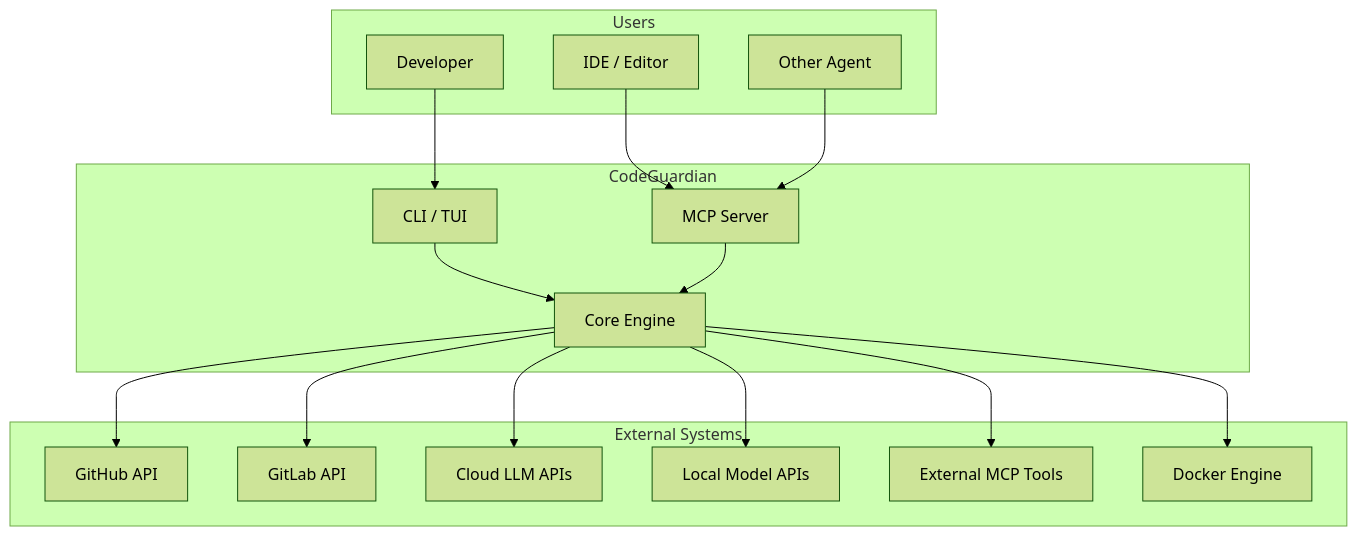
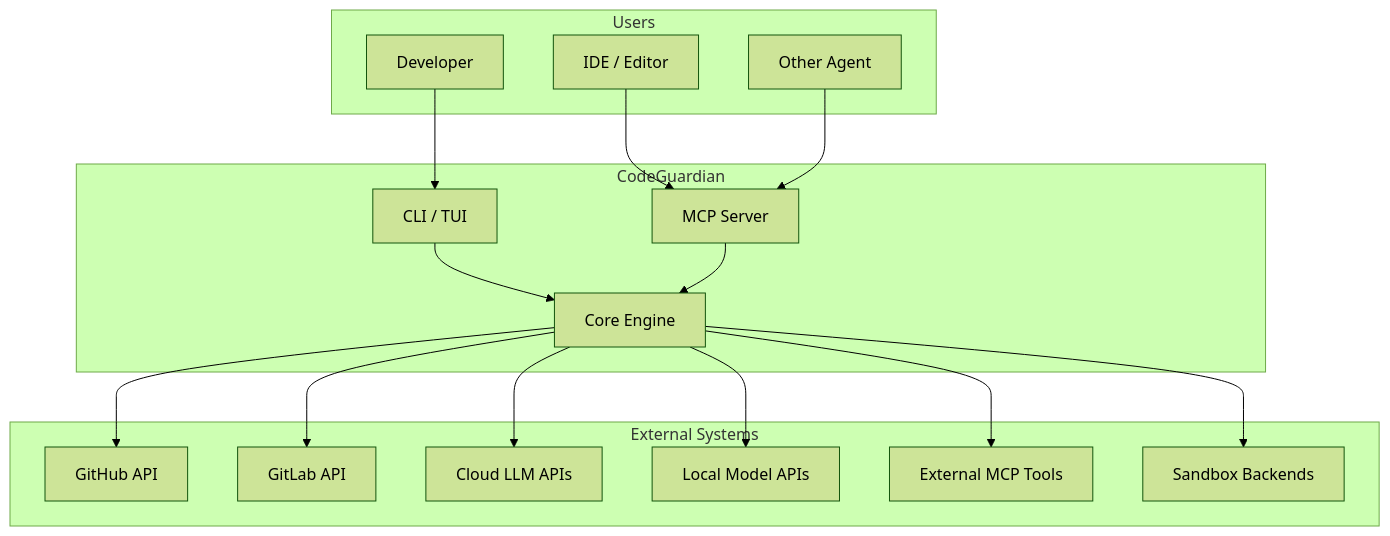
One commit to arubara2021/CodeGuardian changed the first of 25 diagrams in docs/04-architecture.md. Above: the diagram before and after it, drawn with Mermaid (forest theme). The commit also changed other lines of this file and 5 other files, not shown here.

````diff
--- a/docs/04-architecture.md
+++ b/docs/04-architecture.md
@@ -40,35 +36,35 @@
 ```mermaid
 flowchart TB
     subgraph Users
         Dev[Developer]
         IDE[IDE / Editor]
         Agent[Other Agent]
     end
 
     subgraph CodeGuardian
         CLI[CLI / TUI]
         Core[Core Engine]
         MCPServer[MCP Server]
     end
 
     subgraph External Systems
         GitHub[GitHub API]
         GitLab[GitLab API]
         LLM[Cloud LLM APIs]
         Local[Local Model APIs]
         MCPTools[External MCP Tools]
-        Docker[Docker Engine]
+        Sandbox[Sandbox Backends]
     end
 
     Dev --> CLI
     IDE --> MCPServer
     Agent --> MCPServer
     CLI --> Core
     MCPServer --> Core
     Core --> GitHub
     Core --> GitLab
     Core --> LLM
     Core --> Local
     Core --> MCPTools
-    Core --> Docker
+    Core --> Sandbox
 ```
````
